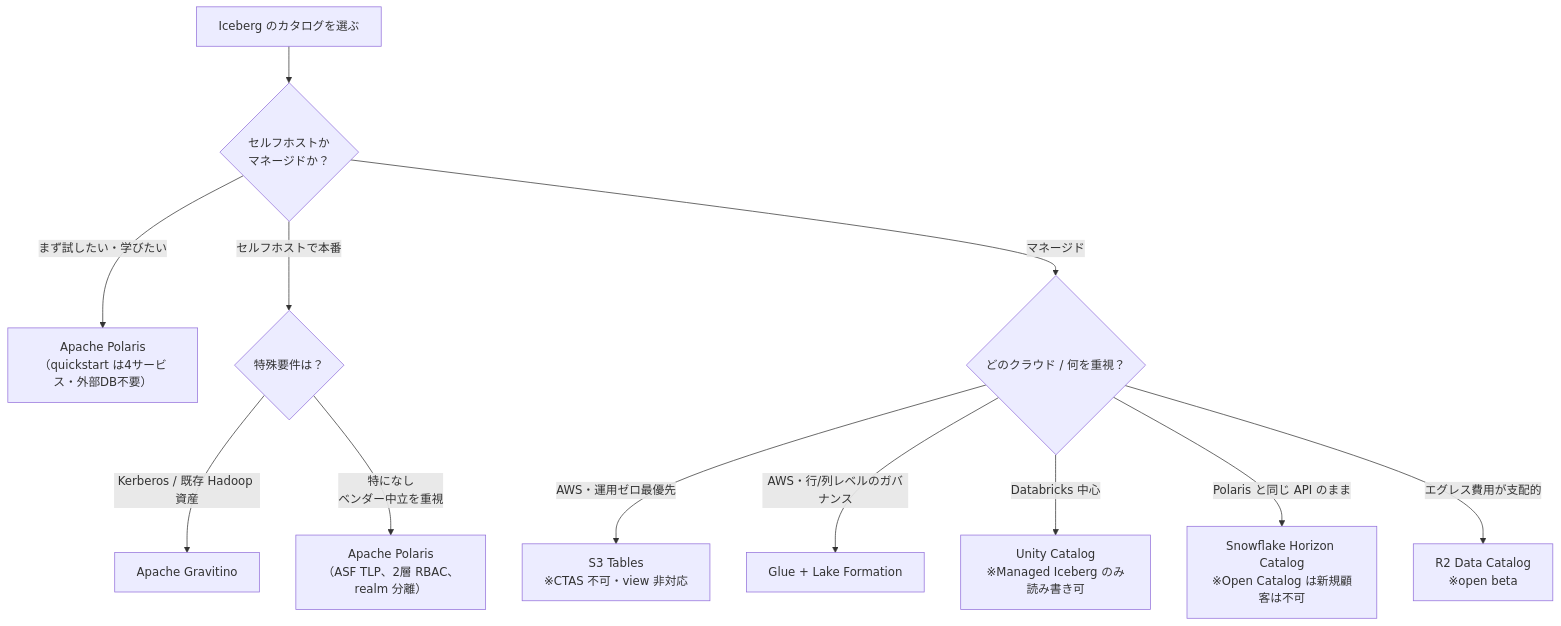
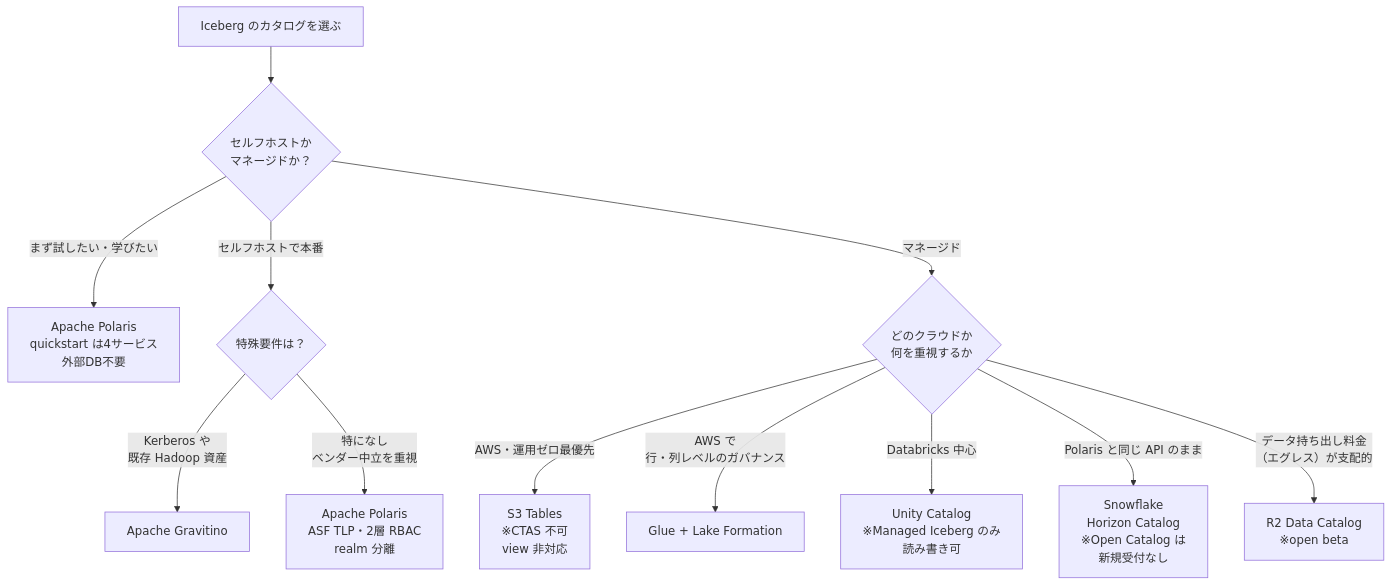
Before and after one commit to dobachi/iceberg-research: the second of 3 diagrams in docs/08-decision-guide.md, drawn with Mermaid. The commit also changed other lines of this file and 2 other files, not shown here.

First line of the commit message:
08: 図のラベル切れを修正し、用語と制約の説明を補う

````diff
--- a/docs/08-decision-guide.md
+++ b/docs/08-decision-guide.md
@@ -56,17 +56,17 @@
 ```mermaid
 flowchart TD
     S["Iceberg のカタログを選ぶ"] --> Q1{"セルフホストか<br/>マネージドか？"}
 
-    Q1 -->|"まず試したい・学びたい"| PO1["Apache Polaris<br/>（quickstart は4サービス・外部DB不要）"]
+    Q1 -->|"まず試したい・学びたい"| PO1["Apache Polaris<br/>quickstart は4サービス<br/>外部DB不要"]
 
     Q1 -->|"セルフホストで本番"| Q2{"特殊要件は？"}
-    Q2 -->|"Kerberos / 既存 Hadoop 資産"| GR["Apache Gravitino"]
-    Q2 -->|"特になし<br/>ベンダー中立を重視"| PO2["Apache Polaris<br/>（ASF TLP、2層 RBAC、realm 分離）"]
+    Q2 -->|"Kerberos や<br/>既存 Hadoop 資産"| GR["Apache Gravitino"]
+    Q2 -->|"特になし<br/>ベンダー中立を重視"| PO2["Apache Polaris<br/>ASF TLP・2層 RBAC<br/>realm 分離"]
 
-    Q1 -->|"マネージド"| Q3{"どのクラウド / 何を重視？"}
-    Q3 -->|"AWS・運用ゼロ最優先"| S3T["S3 Tables<br/>※CTAS 不可・view 非対応"]
-    Q3 -->|"AWS・行/列レベルのガバナンス"| GL["Glue + Lake Formation"]
-    Q3 -->|"Databricks 中心"| UC["Unity Catalog<br/>※Managed Iceberg のみ読み書き可"]
-    Q3 -->|"Polaris と同じ API のまま"| HZ["Snowflake Horizon Catalog<br/>※Open Catalog は新規顧客は不可"]
-    Q3 -->|"エグレス費用が支配的"| R2["R2 Data Catalog<br/>※open beta"]
+    Q1 -->|"マネージド"| Q3{"どのクラウドか<br/>何を重視するか"}
+    Q3 -->|"AWS・運用ゼロ最優先"| S3T["S3 Tables<br/>※CTAS 不可<br/>view 非対応"]
+    Q3 -->|"AWS で<br/>行・列レベルのガバナンス"| GL["Glue + Lake Formation"]
+    Q3 -->|"Databricks 中心"| UC["Unity Catalog<br/>※Managed Iceberg のみ<br/>読み書き可"]
+    Q3 -->|"Polaris と同じ API のまま"| HZ["Snowflake<br/>Horizon Catalog<br/>※Open Catalog は<br/>新規受付なし"]
+    Q3 -->|"データ持ち出し料金<br/>（エグレス）が支配的"| R2["R2 Data Catalog<br/>※open beta"]
 ```
````
